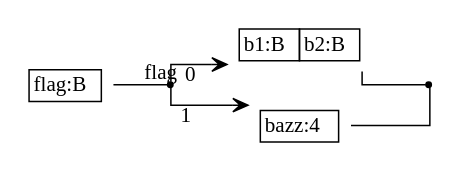
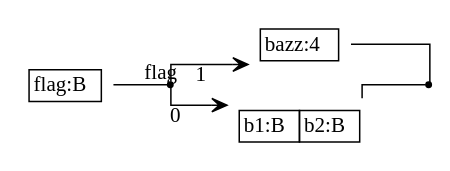
Before and after one commit to sireum/bitcodec-examples: the diagram in src/union/union-spec.dot, drawn with Graphviz. The commit also changed 15 other files, not shown here.

```diff
--- a/src/union/union-spec.dot
+++ b/src/union/union-spec.dot
@@ -1,30 +1,30 @@
 digraph G {
   rankdir = LR;
   graph [splines=ortho];
   node [shape=plaintext];
   edge [arrowhead=vee];
 
   n0 [label=<
     <TABLE BORDER="0" CELLBORDER="1" CELLSPACING="0" TOOLTIP="Foo" HREF="#">
       <TR><TD>flag:B</TD></TR>
     </TABLE>
   >];
   n1 [shape=point];
   n2 [label=<
-    <TABLE BORDER="0" CELLBORDER="1" CELLSPACING="0" TOOLTIP="Foo.baz" HREF="#">
-      <TR><TD>b1:B</TD><TD>b2:B</TD></TR>
+    <TABLE BORDER="0" CELLBORDER="1" CELLSPACING="0" TOOLTIP="Foo.bazz" HREF="#">
+      <TR><TD>bazz:4</TD></TR>
     </TABLE>
   >];
   n3 [label=<
-    <TABLE BORDER="0" CELLBORDER="1" CELLSPACING="0" TOOLTIP="Foo.bazz" HREF="#">
-      <TR><TD>bazz:4</TD></TR>
+    <TABLE BORDER="0" CELLBORDER="1" CELLSPACING="0" TOOLTIP="Foo.baz" HREF="#">
+      <TR><TD>b1:B</TD><TD>b2:B</TD></TR>
     </TABLE>
   >];
   n4 [shape=point];
 
   n0 -> n1 [arrowhead=none, xlabel="flag", tooltip="p => if (p) 1 else 0", href="#"];
-  n1 -> n2 [xlabel="0"];
-  n1 -> n3 [xlabel="1"];
+  n1 -> n2 [xlabel="1"];
+  n1 -> n3 [xlabel="0"];
+  n3 -> n4 [arrowhead=none];
   n2 -> n4 [arrowhead=none];
-  n3 -> n4 [arrowhead=none];
 }
```
